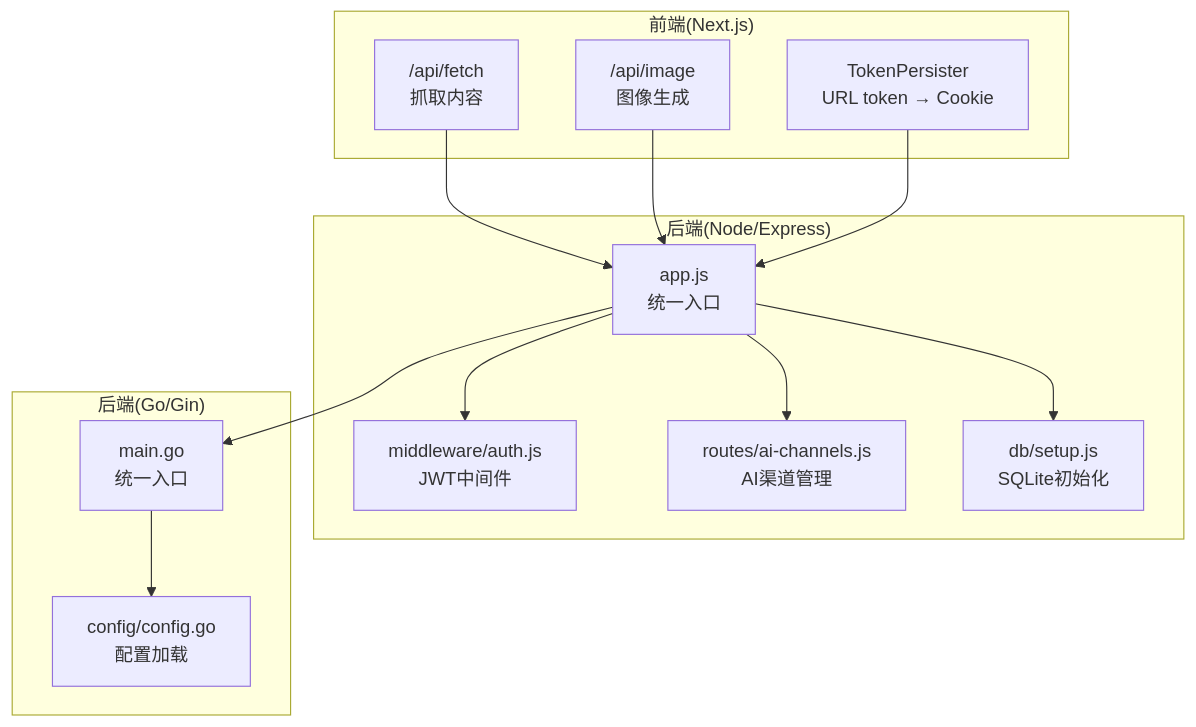
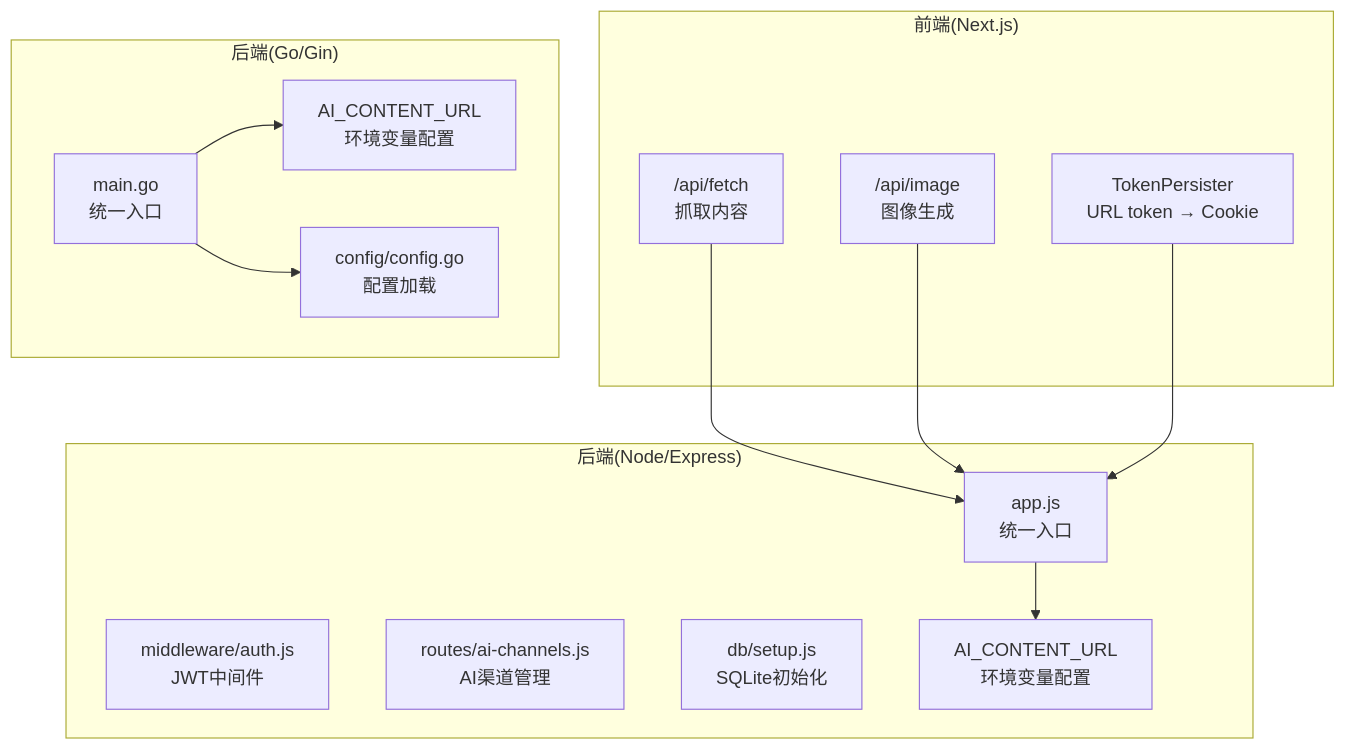
Before and after one commit to hx631580609-web/zsts-cms: the first of 8 diagrams in .qoder/repowiki/zh/content/后端服务架构/核心服务/AI代理服务.md, drawn with Mermaid. The commit also changed other lines of this file and 11 other files, not shown here.

````diff
--- a/.qoder/repowiki/zh/content/后端服务架构/核心服务/AI代理服务.md
+++ b/.qoder/repowiki/zh/content/后端服务架构/核心服务/AI代理服务.md
@@ -41,26 +49,26 @@
 ```mermaid
 graph TB
 subgraph "前端(Next.js)"
 FE_API1["/api/fetch<br/>抓取内容"]
 FE_API2["/api/image<br/>图像生成"]
 FE_TOKEN["TokenPersister<br/>URL token → Cookie"]
 end
 subgraph "后端(Node/Express)"
 BE_APP["app.js<br/>统一入口"]
 BE_AUTH["middleware/auth.js<br/>JWT中间件"]
 BE_AI_CHAN["routes/ai-channels.js<br/>AI渠道管理"]
 BE_DB["db/setup.js<br/>SQLite初始化"]
+ENDPOINT["AI_CONTENT_URL<br/>环境变量配置"]
 end
 subgraph "后端(Go/Gin)"
 GO_MAIN["main.go<br/>统一入口"]
 GO_CFG["config/config.go<br/>配置加载"]
+GO_ENDPOINT["AI_CONTENT_URL<br/>环境变量配置"]
 end
 FE_API1 --> BE_APP
 FE_API2 --> BE_APP
 FE_TOKEN --> BE_APP
-BE_APP --> GO_MAIN
-BE_APP --> BE_AUTH
-BE_APP --> BE_AI_CHAN
-BE_APP --> BE_DB
+BE_APP --> ENDPOINT
+GO_MAIN --> GO_ENDPOINT
 GO_MAIN --> GO_CFG
 ```
````
